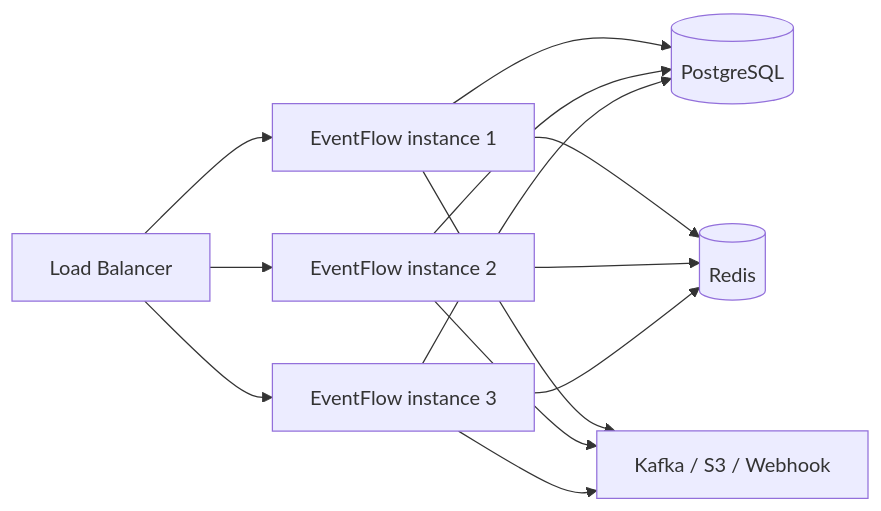
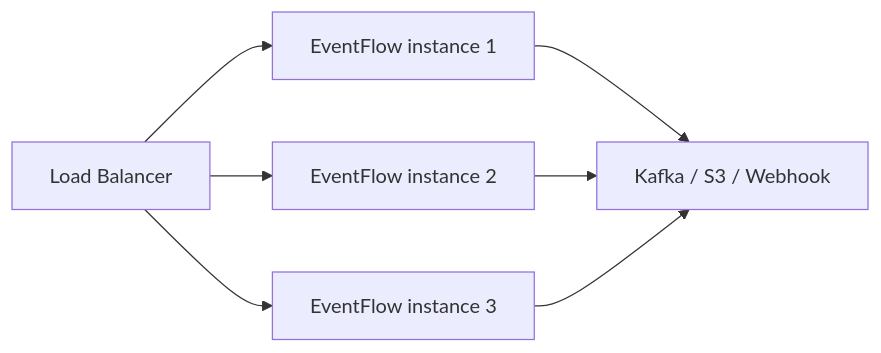
One commit to larvenejafemcoder/newreactcoffee changed the diagram in docs/operations/scaling.md. Above: the diagram before and after it, drawn with Mermaid. The commit also changed other lines of this file and 8 other files, not shown here.

````diff
--- a/docs/operations/scaling.md
+++ b/docs/operations/scaling.md
@@ -9,15 +9,9 @@
 ```mermaid
 graph LR
     LB[Load Balancer] --> EF1[EventFlow instance 1]
     LB --> EF2[EventFlow instance 2]
     LB --> EF3[EventFlow instance 3]
-    EF1 --> PG[(PostgreSQL)]
-    EF1 --> R[(Redis)]
-    EF2 --> PG
-    EF2 --> R
-    EF3 --> PG
-    EF3 --> R
     EF1 --> K[Kafka / S3 / Webhook]
     EF2 --> K
     EF3 --> K
 ```
````
